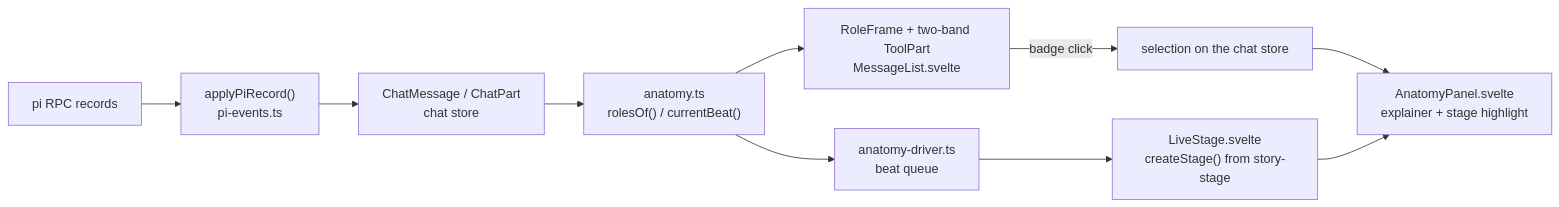
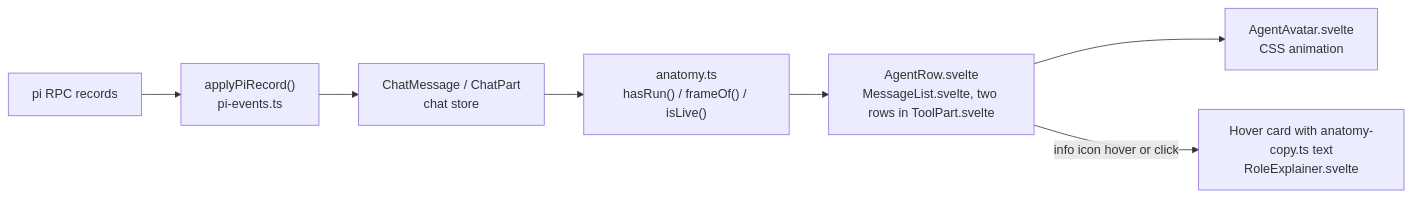
One commit to martinchooooooo/sandbox-mio changed the diagram in docs/features/chat-agent-anatomy/02_dev.md. Above: the diagram before and after it, drawn with Mermaid. The commit also changed other lines of this file and 7 other files, not shown here.

Commit message:
docs(chat-agent-anatomy): plan the avatar-row learning mode and note the unused stage additions

````diff
--- a/docs/features/chat-agent-anatomy/02_dev.md
+++ b/docs/features/chat-agent-anatomy/02_dev.md
@@ -12,12 +12,9 @@
 ```mermaid
 flowchart LR
     pi["pi RPC records"] --> adapter["applyPiRecord()<br/>pi-events.ts"]
     adapter --> parts["ChatMessage / ChatPart<br/>chat store"]
-    parts --> classifier["anatomy.ts<br/>rolesOf() / currentBeat()"]
-    classifier --> frames["RoleFrame + two-band ToolPart<br/>MessageList.svelte"]
-    classifier --> driver["anatomy-driver.ts<br/>beat queue"]
-    driver --> stage["LiveStage.svelte<br/>createStage() from story-stage"]
-    frames -- "badge click" --> selection["selection on the chat store"]
-    selection --> panel["AnatomyPanel.svelte<br/>explainer + stage highlight"]
-    stage --> panel
+    parts --> classifier["anatomy.ts<br/>hasRun() / frameOf() / isLive()"]
+    classifier --> row["AgentRow.svelte<br/>MessageList.svelte, two rows in ToolPart.svelte"]
+    row --> avatar["AgentAvatar.svelte<br/>CSS animation"]
+    row -- "info icon hover or click" --> card["Hover card with anatomy-copy.ts text<br/>RoleExplainer.svelte"]
 ```
````
